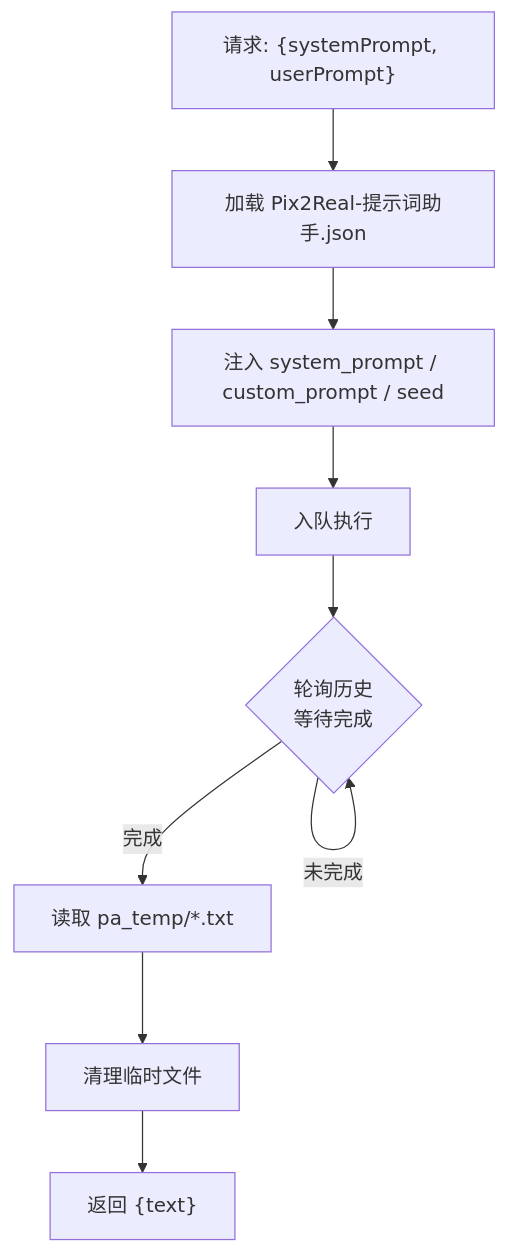
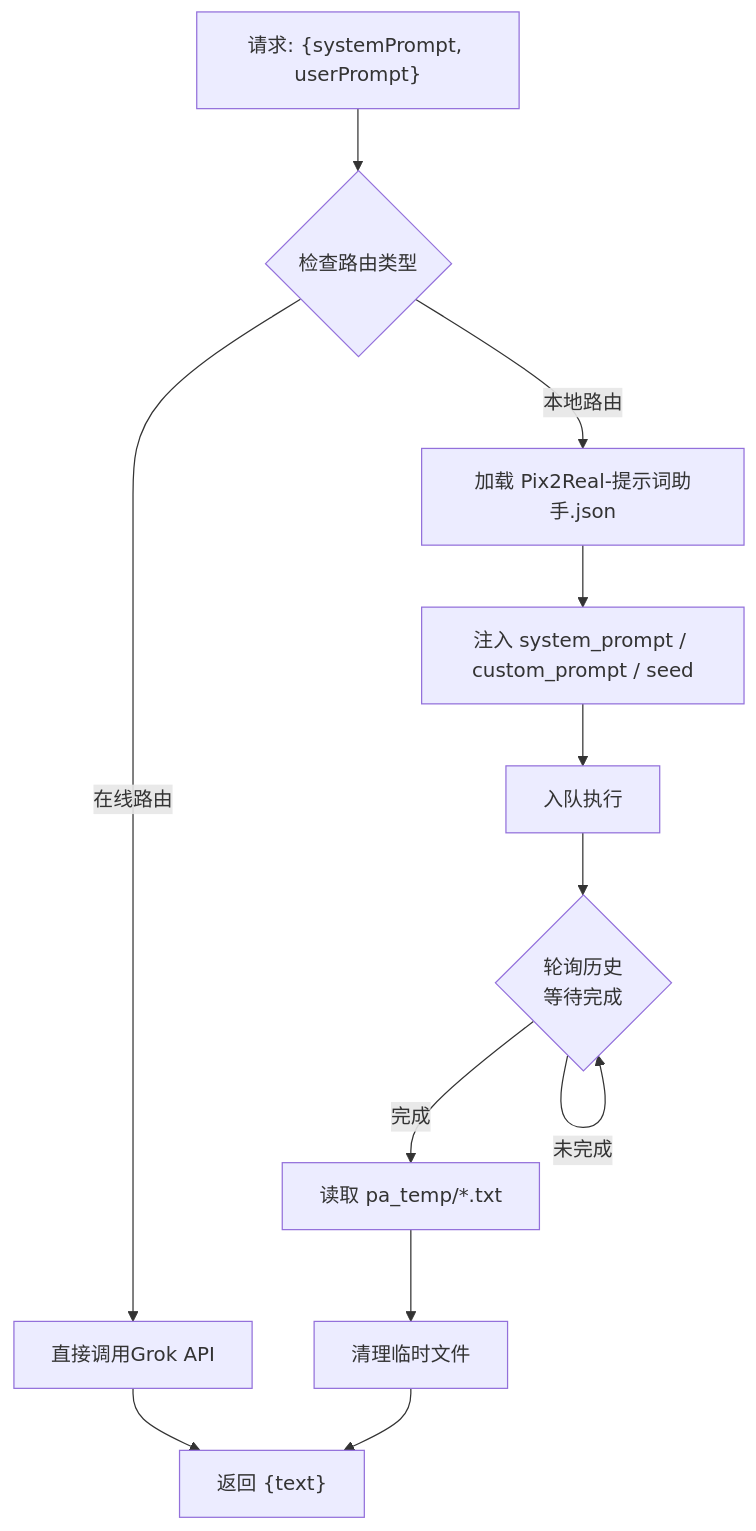
Before and after one commit to billye220670/CorineKit_Pix2Real: the fifth of 6 diagrams in .qoder/repowiki/zh/content/专业功能/提示词助手.md, drawn with Mermaid. The commit also changed other lines of this file and 11 other files, not shown here.

````diff
--- a/.qoder/repowiki/zh/content/专业功能/提示词助手.md
+++ b/.qoder/repowiki/zh/content/专业功能/提示词助手.md
@@ -279,11 +334,14 @@
 ```mermaid
 flowchart TD
-Req["请求: {systemPrompt, userPrompt}"] --> LoadWF["加载 Pix2Real-提示词助手.json"]
+Req["请求: {systemPrompt, userPrompt}"] --> CheckRoute{"检查路由类型"}
+CheckRoute --> |本地路由| LoadWF["加载 Pix2Real-提示词助手.json"]
+CheckRoute --> |在线路由| DirectGrok["直接调用Grok API"]
 LoadWF --> Inject["注入 system_prompt / custom_prompt / seed"]
 Inject --> Queue["入队执行"]
 Queue --> Poll{"轮询历史<br/>等待完成"}
 Poll --> |未完成| Poll
 Poll --> |完成| Read["读取 pa_temp/*.txt"]
 Read --> Clean["清理临时文件"]
 Clean --> Res["返回 {text}"]
+DirectGrok --> Res
 ```
````
